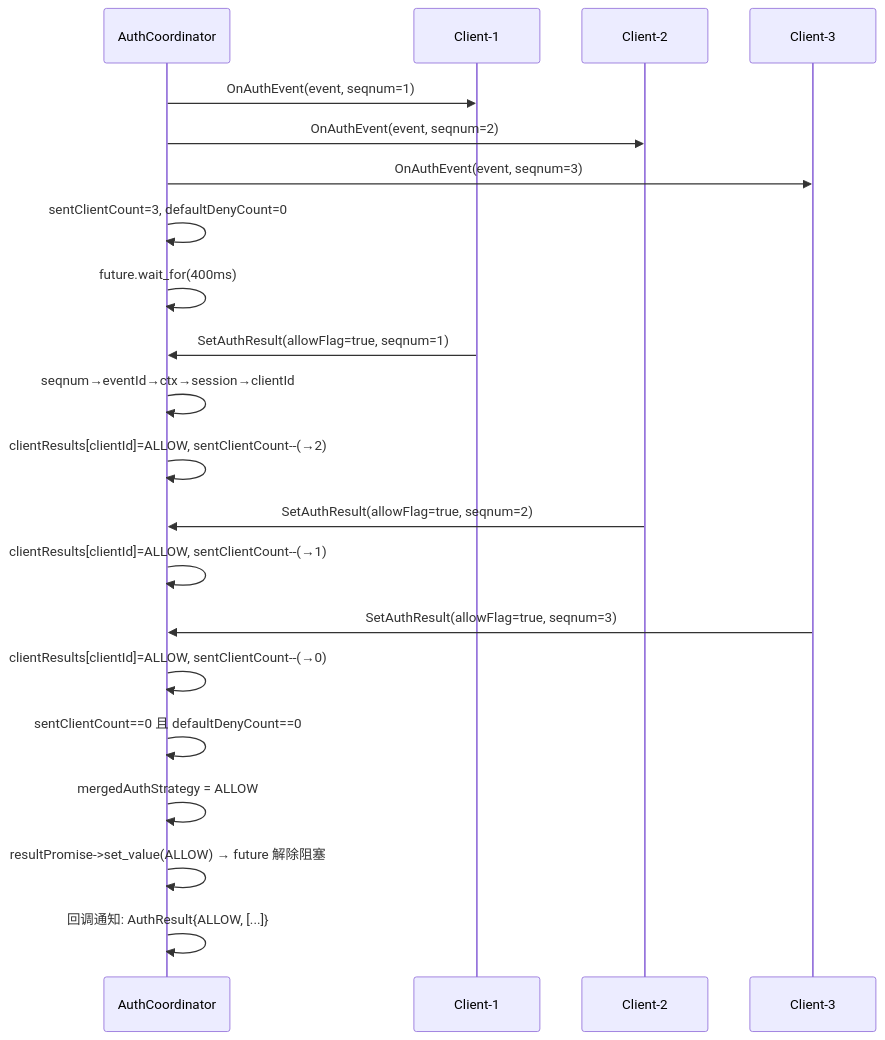
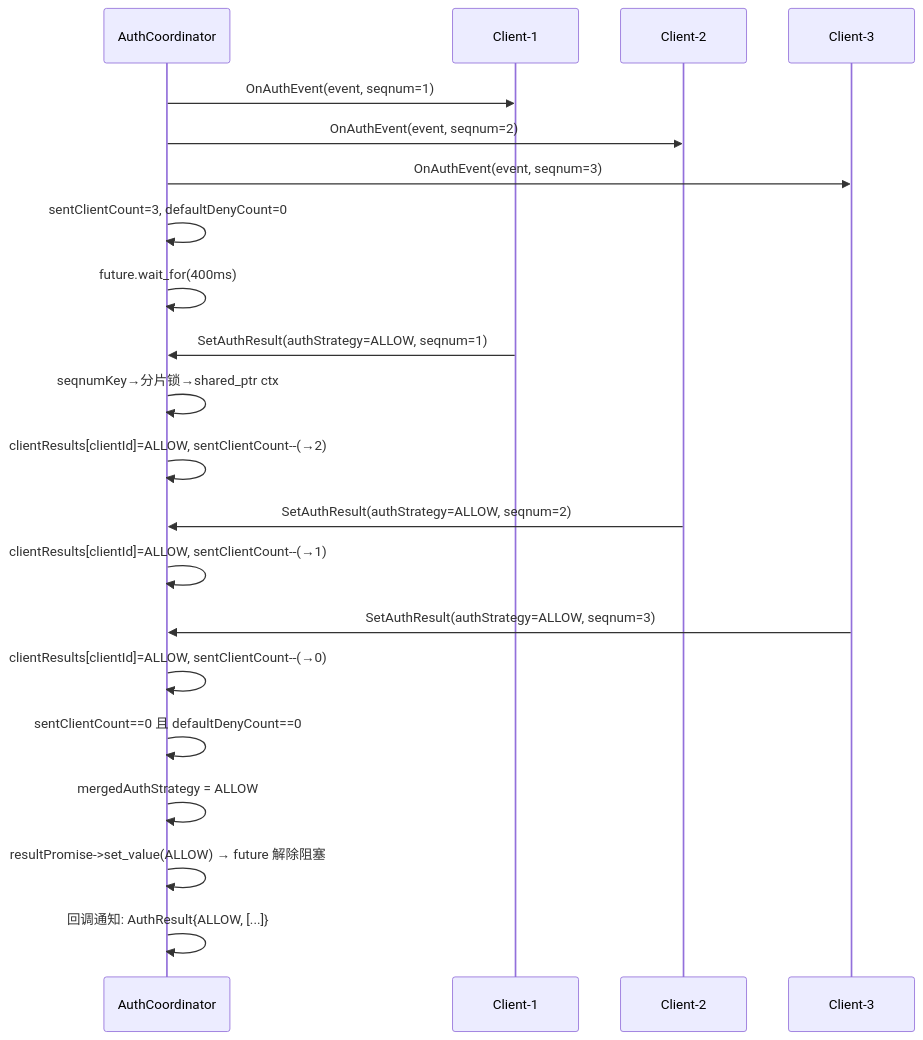
The fifth of 10 diagrams in .sdd/SR-20260806903302/design-doc.md (eclipse-oniro-mirrors/security_security_guard), drawn with Mermaid before and after one commit. The commit also changed other lines of this file and 19 other files, not shown here.

````diff
--- a/.sdd/SR-20260806903302/design-doc.md
+++ b/.sdd/SR-20260806903302/design-doc.md
@@ -269,28 +285,28 @@
 ```mermaid
 sequenceDiagram
     participant AC as AuthCoordinator
     participant C1 as Client-1
     participant C2 as Client-2
     participant C3 as Client-3
 
     AC->>C1: OnAuthEvent(event, seqnum=1)
     AC->>C2: OnAuthEvent(event, seqnum=2)
     AC->>C3: OnAuthEvent(event, seqnum=3)
 
     AC->>AC: sentClientCount=3, defaultDenyCount=0
     AC->>AC: future.wait_for(400ms)
 
-    C1->>AC: SetAuthResult(allowFlag=true, seqnum=1)
-    AC->>AC: seqnum→eventId→ctx→session→clientId
+    C1->>AC: SetAuthResult(authStrategy=ALLOW, seqnum=1)
+    AC->>AC: seqnumKey→分片锁→shared_ptr ctx
     AC->>AC: clientResults[clientId]=ALLOW, sentClientCount--(→2)
 
-    C2->>AC: SetAuthResult(allowFlag=true, seqnum=2)
+    C2->>AC: SetAuthResult(authStrategy=ALLOW, seqnum=2)
     AC->>AC: clientResults[clientId]=ALLOW, sentClientCount--(→1)
 
-    C3->>AC: SetAuthResult(allowFlag=true, seqnum=3)
+    C3->>AC: SetAuthResult(authStrategy=ALLOW, seqnum=3)
     AC->>AC: clientResults[clientId]=ALLOW, sentClientCount--(→0)
     AC->>AC: sentClientCount==0 且 defaultDenyCount==0
     AC->>AC: mergedAuthStrategy = ALLOW
     AC->>AC: resultPromise->set_value(ALLOW) → future 解除阻塞
     AC->>AC: 回调通知: AuthResult{ALLOW, [...]}
 ```
````
